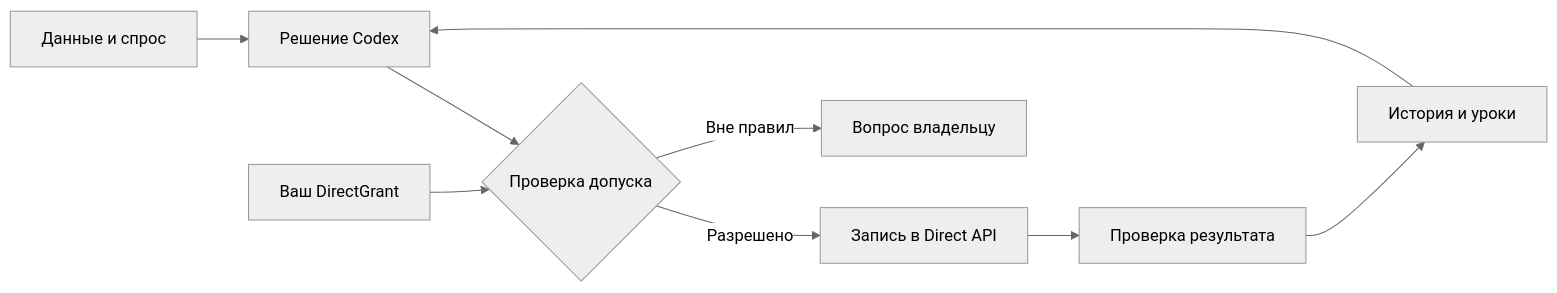
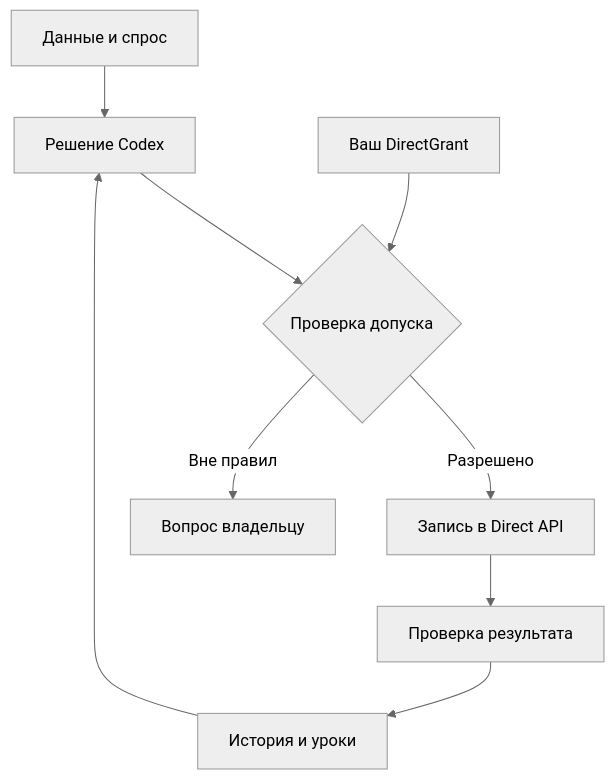
Before and after one commit to Sovetov-AS/directologist-v2: the diagram in README.md, drawn with Mermaid (neutral theme). The commit also changed other lines of this file, not shown here.

Commit message:
docs: improve diagram readability and section navigation

````diff
--- a/README.md
+++ b/README.md
@@ -148,11 +148,11 @@
 ```mermaid
-flowchart LR
+flowchart TD
     A[Данные и спрос] --> B[Решение Codex]
     B --> C{Проверка допуска}
     G[Ваш DirectGrant] --> C
     C -->|Разрешено| D[Запись в Direct API]
     C -->|Вне правил| U[Вопрос владельцу]
     D --> E[Проверка результата]
     E --> F[История и уроки]
     F --> B
 ```
````
